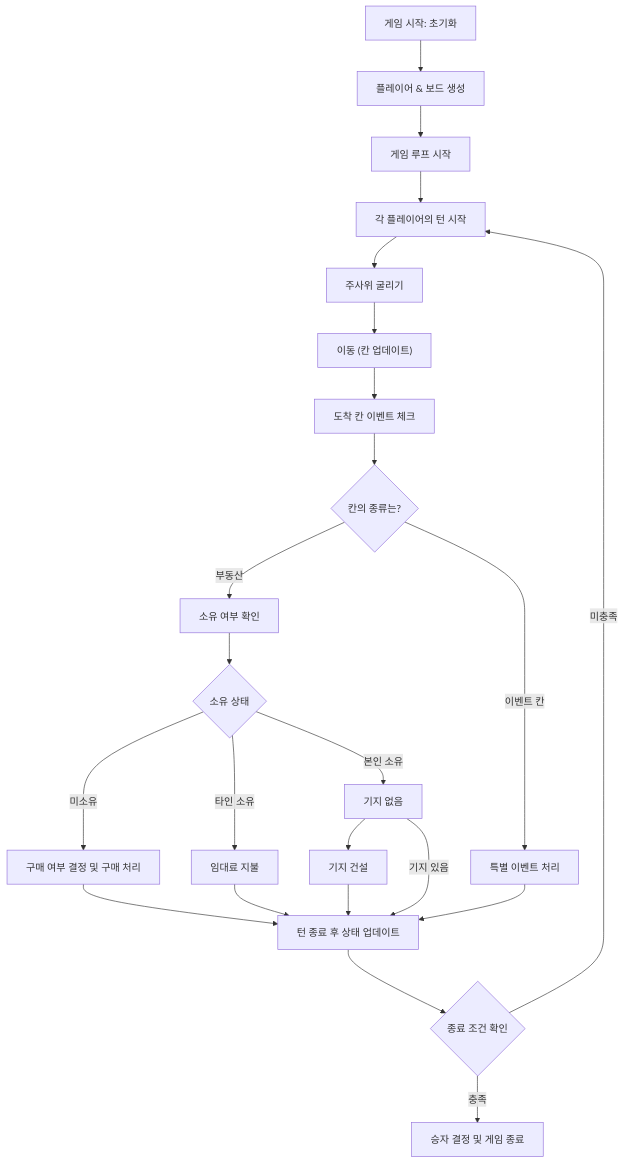
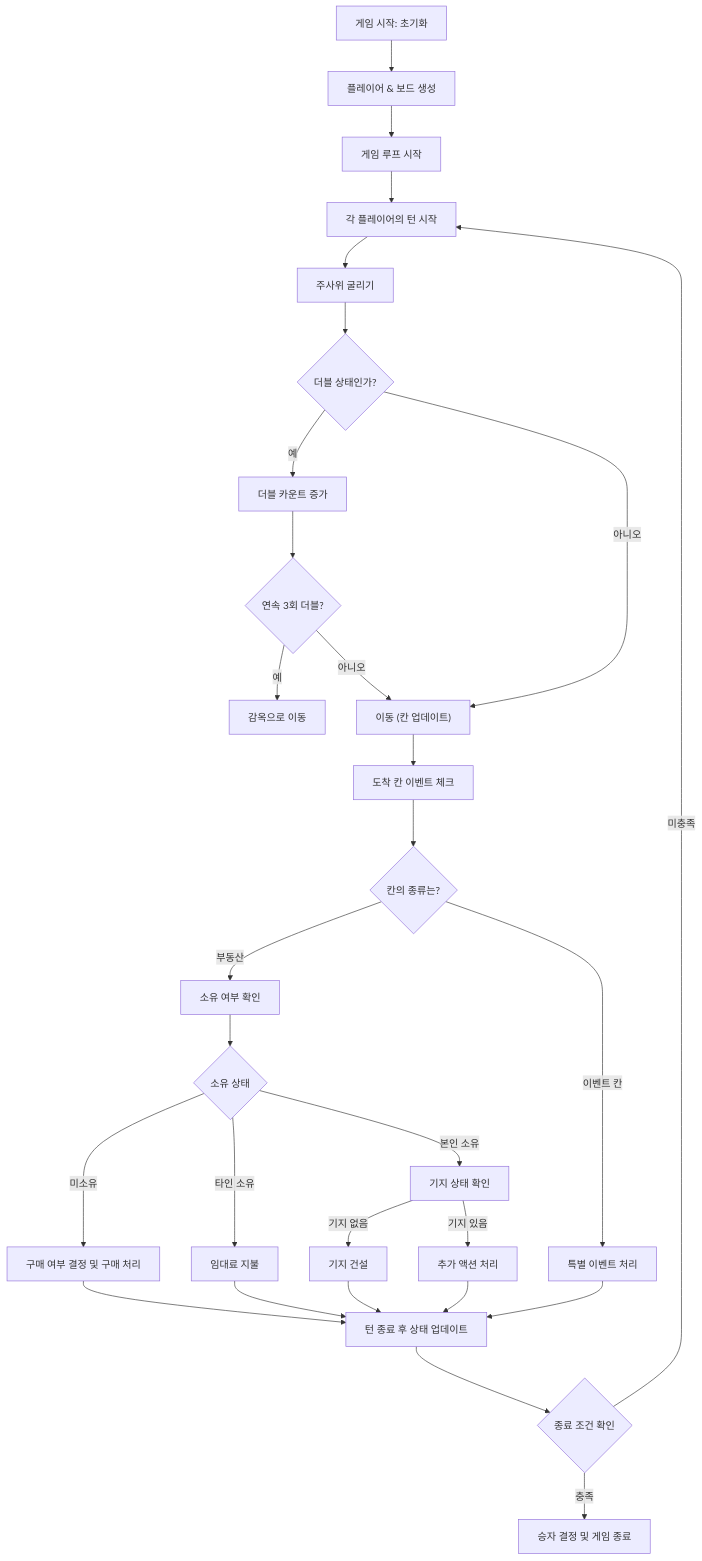
One commit to KIM9909/GamePlanet changed the diagram in meeple_back/docs/bluemarble/01.bluemarble-game-process.md. Above: the diagram before and after it, drawn with Mermaid. The commit also changed 8 other files, not shown here.

````diff
--- a/meeple_back/docs/bluemarble/01.bluemarble-game-process.md
+++ b/meeple_back/docs/bluemarble/01.bluemarble-game-process.md
@@ -1,24 +1,31 @@
 ```mermaid
 flowchart TD
     A[게임 시작: 초기화] --> B[플레이어 & 보드 생성]
     B --> C[게임 루프 시작]
     C --> D[각 플레이어의 턴 시작]
     D --> E[주사위 굴리기]
-    E --> F["이동 (칸 업데이트)"]
-    F --> G[도착 칸 이벤트 체크]
-    G --> H{"칸의 종류는?"}
-    H -- 부동산 --> I["소유 여부 확인"]
-    I --> J{"소유 상태"}
-    J -- 미소유 --> K["구매 여부 결정 및 구매 처리"]
-    J -- 타인 소유 --> L["임대료 지불"]
-    J -- 본인 소유 --> Z["기지 없음"] --> M["기지 건설"]
-    Z -- 기지 있음 --> O
-    H -- 이벤트 칸 --> N["특별 이벤트 처리"]
-    K --> O["턴 종료 후 상태 업데이트"]
-    L --> O
-    M --> O
-    N --> O
-    O --> P{"종료 조건 확인"}
-    P -- 미충족 --> D
-    P -- 충족 --> Q["승자 결정 및 게임 종료"]
+    E --> F{"더블 상태인가?"}
+    F -- 예 --> G[더블 카운트 증가]
+    G --> H{"연속 3회 더블?"}
+    H -- 예 --> I[감옥으로 이동]
+    H -- 아니오 --> J["이동 (칸 업데이트)"]
+    F -- 아니오 --> J["이동 (칸 업데이트)"]
+    J --> K[도착 칸 이벤트 체크]
+    K --> L{"칸의 종류는?"}
+    L -- 부동산 --> M["소유 여부 확인"]
+    M --> N{"소유 상태"}
+    N -- 미소유 --> O["구매 여부 결정 및 구매 처리"]
+    N -- 타인 소유 --> P["임대료 지불"]
+    N -- 본인 소유 --> Q["기지 상태 확인"]
+    Q -- 기지 없음 --> R["기지 건설"]
+    Q -- 기지 있음 --> S["추가 액션 처리"]
+    L -- 이벤트 칸 --> T["특별 이벤트 처리"]
+    O --> U["턴 종료 후 상태 업데이트"]
+    P --> U
+    R --> U
+    S --> U
+    T --> U
+    U --> V{"종료 조건 확인"}
+    V -- 미충족 --> D
+    V -- 충족 --> W["승자 결정 및 게임 종료"]
 ```
````
